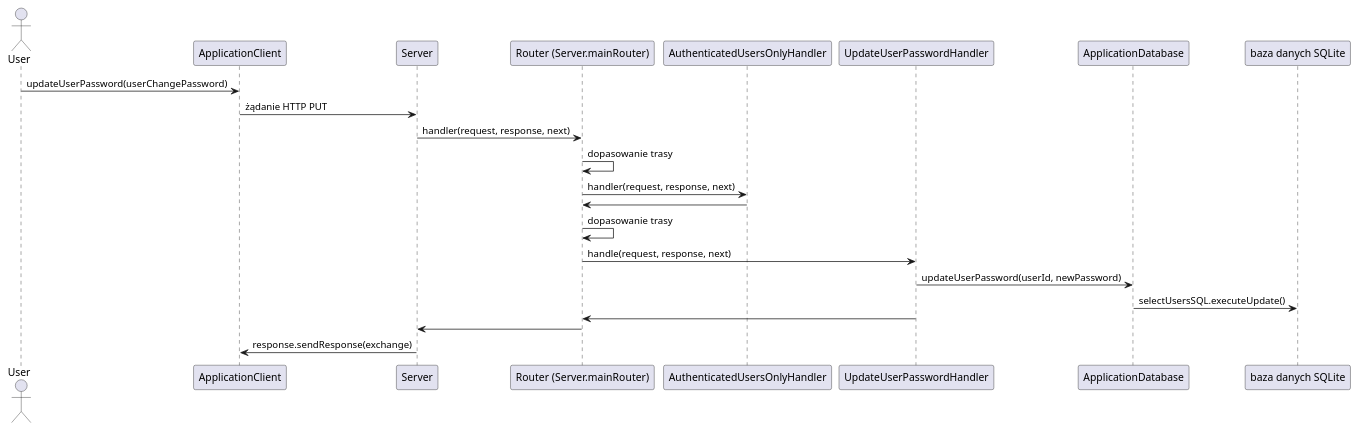
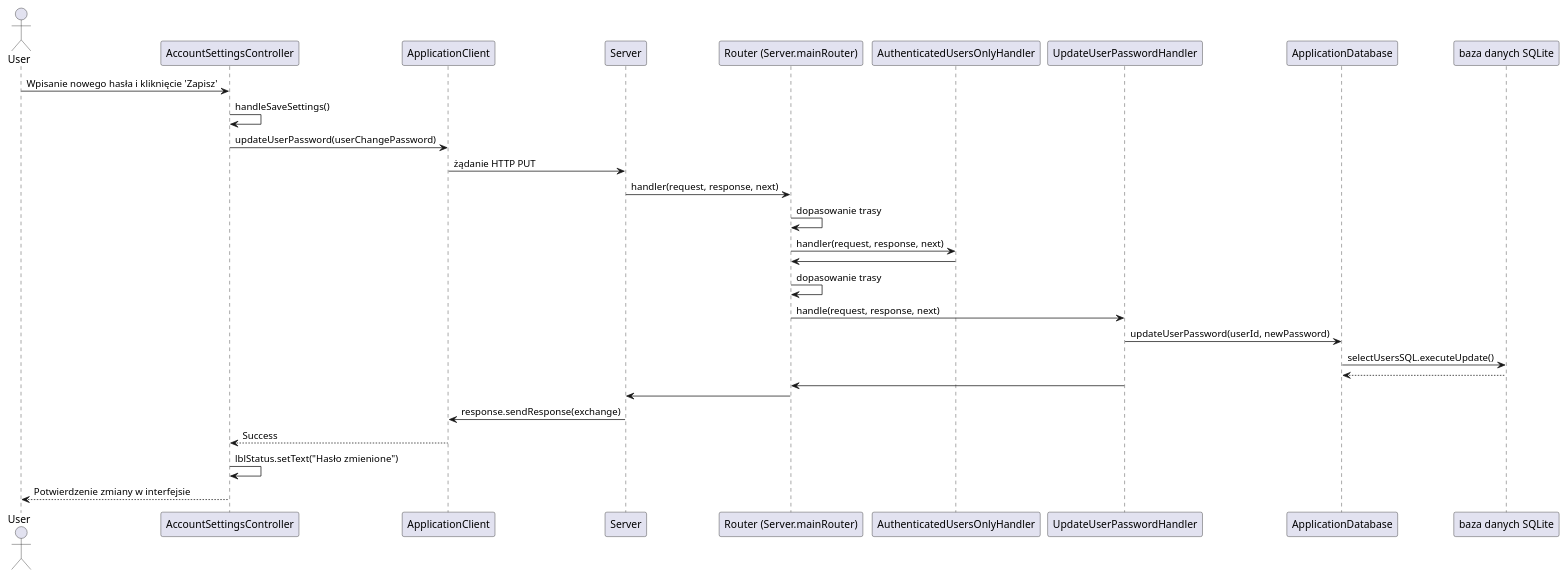
Before and after one commit to Mac14101/po2025: the fifth of 5 diagrams in readme.md, drawn with PlantUML. The commit also changed other lines of this file, not shown here.

Commit message:
uzupelnienie diagramow o GUI

````diff
--- a/readme.md
+++ b/readme.md
@@ -154,25 +176,33 @@
 ```plantuml
 @startuml
 actor User
+participant "AccountSettingsController" as GUI
 participant ApplicationClient
 participant Server
 participant Router as "Router (Server.mainRouter)"
 participant AuthenticatedUsersOnlyHandler
 participant UpdateUserPasswordHandler
 participant ApplicationDatabase
 participant Database as "baza danych SQLite"
-User -> ApplicationClient : updateUserPassword(userChangePassword)
+
+User -> GUI : Wpisanie nowego hasła i kliknięcie 'Zapisz'
+GUI -> GUI : handleSaveSettings()
+GUI -> ApplicationClient : updateUserPassword(userChangePassword)
 ApplicationClient -> Server : żądanie HTTP PUT
 Server -> Router : handler(request, response, next)
 Router -> Router : dopasowanie trasy
 Router -> AuthenticatedUsersOnlyHandler : handler(request, response, next)
 AuthenticatedUsersOnlyHandler -> Router
 Router -> Router : dopasowanie trasy
 Router -> UpdateUserPasswordHandler : handle(request, response, next)
 UpdateUserPasswordHandler -> ApplicationDatabase : updateUserPassword(userId, newPassword)
 ApplicationDatabase -> Database : selectUsersSQL.executeUpdate()
+Database --> ApplicationDatabase
 UpdateUserPasswordHandler -> Router
 Router -> Server
 Server -> ApplicationClient : response.sendResponse(exchange)
+ApplicationClient --> GUI : Success
+GUI -> GUI : lblStatus.setText("Hasło zmienione")
+GUI --> User : Potwierdzenie zmiany w interfejsie
 @enduml
 ```
````
